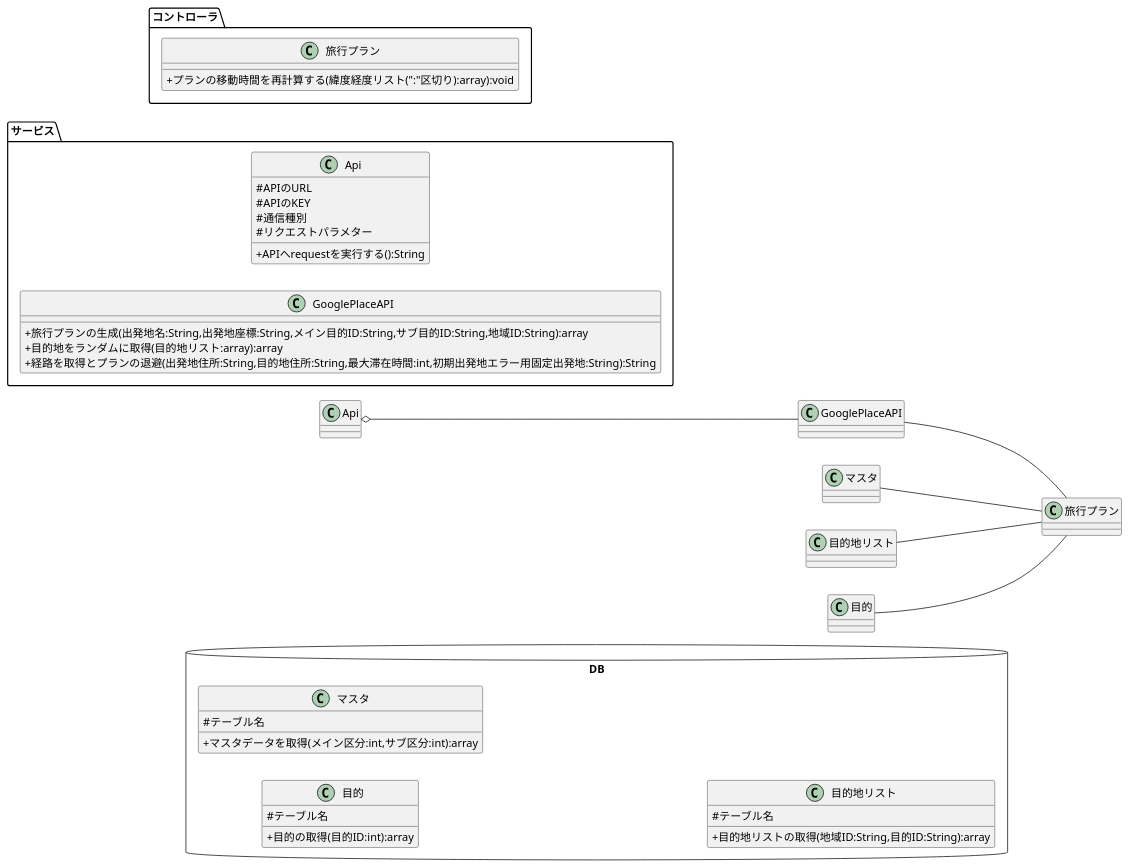
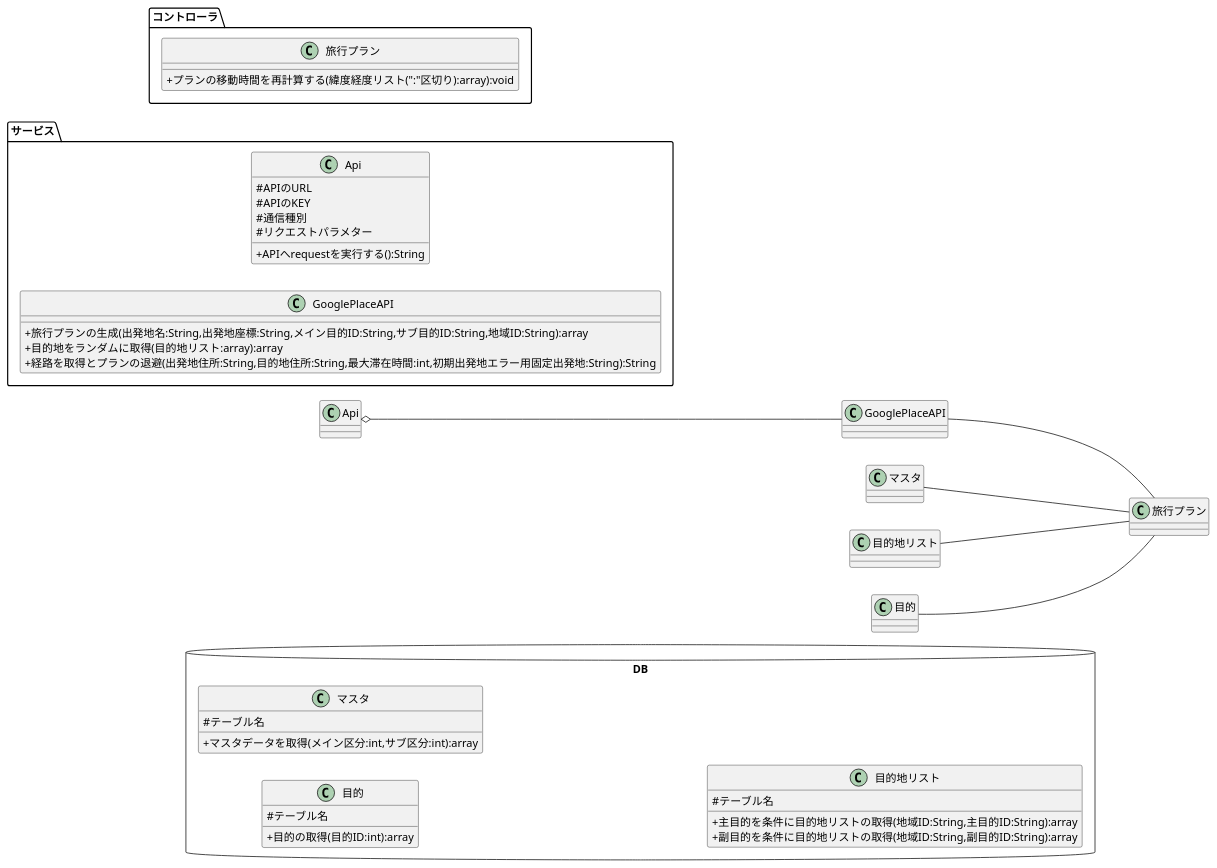
Before and after one commit to teamack20172020/sotukenTest: the diagram in 設計書/クラス図/済：システム3：旅行プランの自動生成をする.pu, drawn with PlantUML.

Commit message:
メソッドの修正

```diff
--- a/設計書/クラス図/済：システム3：旅行プランの自動生成をする.pu
+++ b/設計書/クラス図/済：システム3：旅行プランの自動生成をする.pu
@@ -1,54 +1,55 @@
 @startuml
 
 skinparam classAttributeIconSize 0
 
 package DB <<Database>>  {
     left to right direction
 
     class 目的{
         # テーブル名
         + 目的の取得(目的ID:int):array
     }
 
     class マスタ{
         # テーブル名
         + マスタデータを取得(メイン区分:int,サブ区分:int):array
     }
 
     class 目的地リスト{
         # テーブル名
-        + 目的地リストの取得(地域ID:String,目的ID:String):array
+        + 主目的を条件に目的地リストの取得(地域ID:String,主目的ID:String):array
+        + 副目的を条件に目的地リストの取得(地域ID:String,副目的ID:String):array
     }
 }
 
 package サービス{
     left to right direction
     class Api {
         # APIのURL
         # APIのKEY
         # 通信種別
         # リクエストパラメター
         + APIへrequestを実行する():String
     }
 
     class GooglePlaceAPI {
         + 旅行プランの生成(出発地名:String,出発地座標:String,メイン目的ID:String,サブ目的ID:String,地域ID:String):array
         + 目的地をランダムに取得(目的地リスト:array):array
         + 経路を取得とプランの退避(出発地住所:String,目的地住所:String,最大滞在時間:int,初期出発地エラー用固定出発地:String):String
     }
 
     .Api o-- .GooglePlaceAPI
 }
 
 package コントローラ{
     class 旅行プラン {
         + プランの移動時間を再計算する(緯度経度リスト(":"区切り):array):void
     }
 
     .GooglePlaceAPI -- .旅行プラン
     .マスタ -- .旅行プラン
     .目的地リスト -- .旅行プラン
     .目的 -- .旅行プラン
 }
 
 @enduml
```
